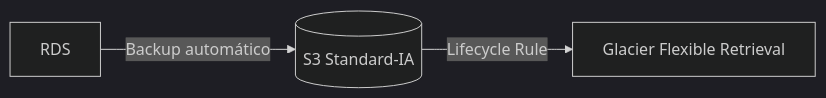
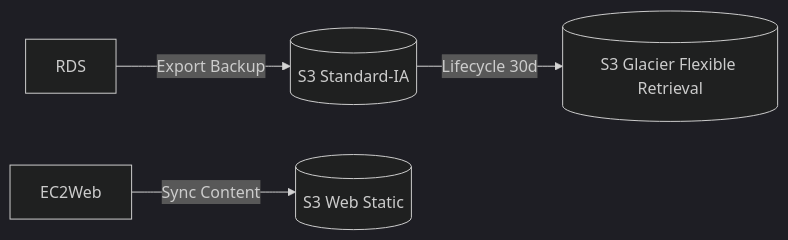
Before and after one commit to TheNefelin/TalentoDigital_CloudArchitecture_2025: the first of 5 diagrams in Portafolio/M5/Portafolio_Arquitecturas_Cloud_básicas.md, drawn with Mermaid (dark theme). The commit also changed other lines of this file and 2 other files, not shown here.

````diff
--- a/Portafolio/M5/Portafolio_Arquitecturas_Cloud_básicas.md
+++ b/Portafolio/M5/Portafolio_Arquitecturas_Cloud_básicas.md
@@ -57,5 +51,6 @@
 ```mermaid
 flowchart LR
-  RDS -->|Backup automático| S3[(S3 Standard-IA)]
-  S3 -->|Lifecycle Rule| Glacier[Glacier Flexible Retrieval]
+  RDS -->|Export Backup| S3Standard[(S3 Standard-IA)]
+  S3Standard -->|Lifecycle 30d| Glacier[(S3 Glacier Flexible Retrieval)]
+  EC2Web -->|Sync Content| S3Web[(S3 Web Static)]
 ```
````
